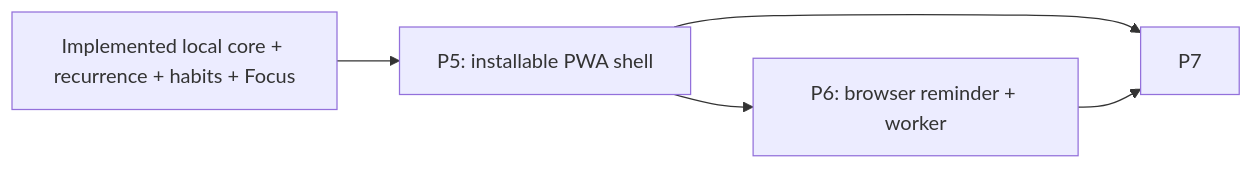
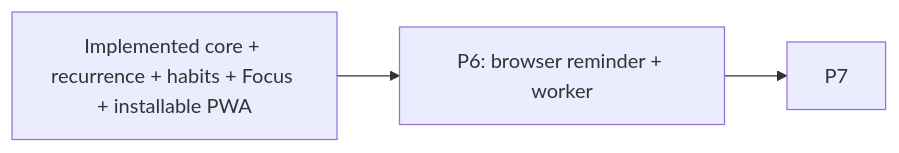
The diagram in docs/IMPLEMENTATION_PLAN.md (felixfirefighter/opentask), drawn with Mermaid before and after one commit. The commit also changed other lines of this file and 91 other files, not shown here.

Commit message:
feat: add installable read-only PWA shell

````diff
--- a/docs/IMPLEMENTATION_PLAN.md
+++ b/docs/IMPLEMENTATION_PLAN.md
@@ -23,7 +23,5 @@
 ```mermaid
 flowchart LR
-    BASELINE["Implemented local core + recurrence + habits + Focus"] --> P5["P5: installable PWA shell"]
-    P5 --> P6["P6: browser reminder + worker"]
-    P5 --> P7
+    BASELINE["Implemented core + recurrence + habits + Focus + installable PWA"] --> P6["P6: browser reminder + worker"]
     P6 --> P7
 ```
````
